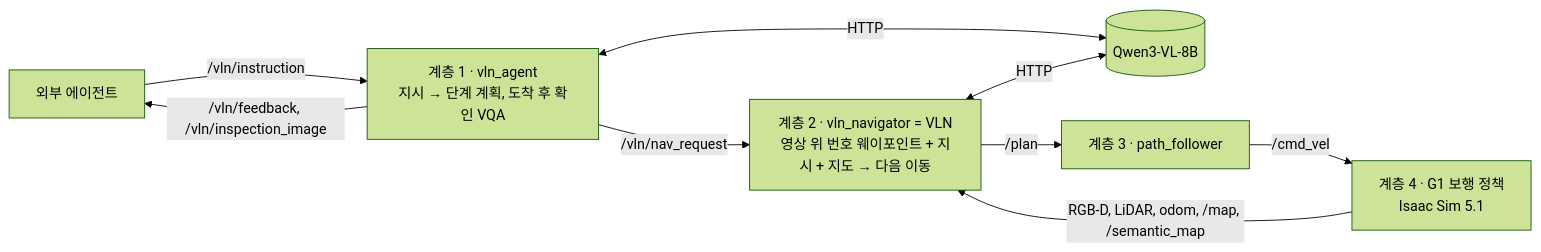
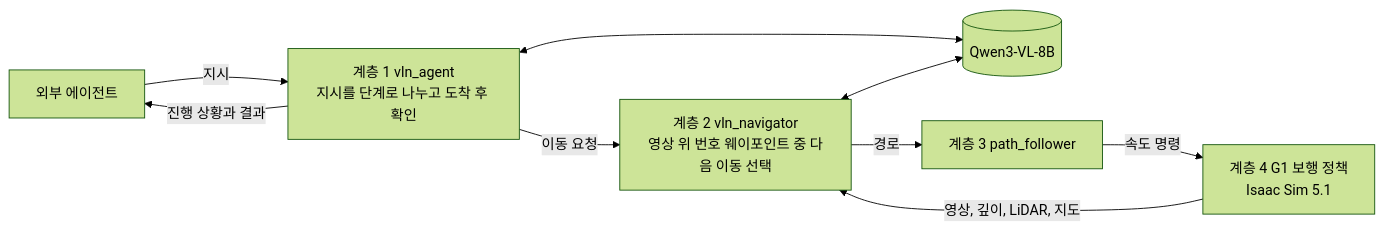
The diagram in README.md (alsgyu/G1-sim-Factory), drawn with Mermaid (forest theme) before and after one commit. The commit also changed other lines of this file and 3 other files, not shown here.

First line of the commit message:
Scene graph figures from a 3-D render; README keeps how it works and results only

````diff
--- a/README.md
+++ b/README.md
@@ -96,10 +15,11 @@
 ```mermaid
 flowchart LR
-  EA[외부 에이전트] -- "/vln/instruction" --> VA[계층 1 · vln_agent<br/>지시 → 단계 계획, 도착 후 확인 VQA]
-  VA -- "/vln/feedback, /vln/inspection_image" --> EA
-  VA -- "/vln/nav_request" --> VN[계층 2 · vln_navigator = VLN<br/>영상 위 번호 웨이포인트 + 지시 + 지도 → 다음 이동]
-  VA & VN <-- "HTTP" --> VLM[(Qwen3-VL-8B)]
-  VN -- "/plan" --> PF[계층 3 · path_follower]
-  PF -- "/cmd_vel" --> SIM[계층 4 · G1 보행 정책<br/>Isaac Sim 5.1]
-  SIM -- "RGB-D, LiDAR, odom, /map, /semantic_map" --> VN
+  EA[외부 에이전트] -- 지시 --> VA[계층 1 vln_agent<br/>지시를 단계로 나누고 도착 후 확인]
+  VA -- 진행 상황과 결과 --> EA
+  VA -- 이동 요청 --> VN[계층 2 vln_navigator<br/>영상 위 번호 웨이포인트 중 다음 이동 선택]
+  VA <--> VLM[(Qwen3-VL-8B)]
+  VN <--> VLM
+  VN -- 경로 --> PF[계층 3 path_follower]
+  PF -- 속도 명령 --> SIM[계층 4 G1 보행 정책<br/>Isaac Sim 5.1]
+  SIM -- 영상, 깊이, LiDAR, 지도 --> VN
 ```
````
